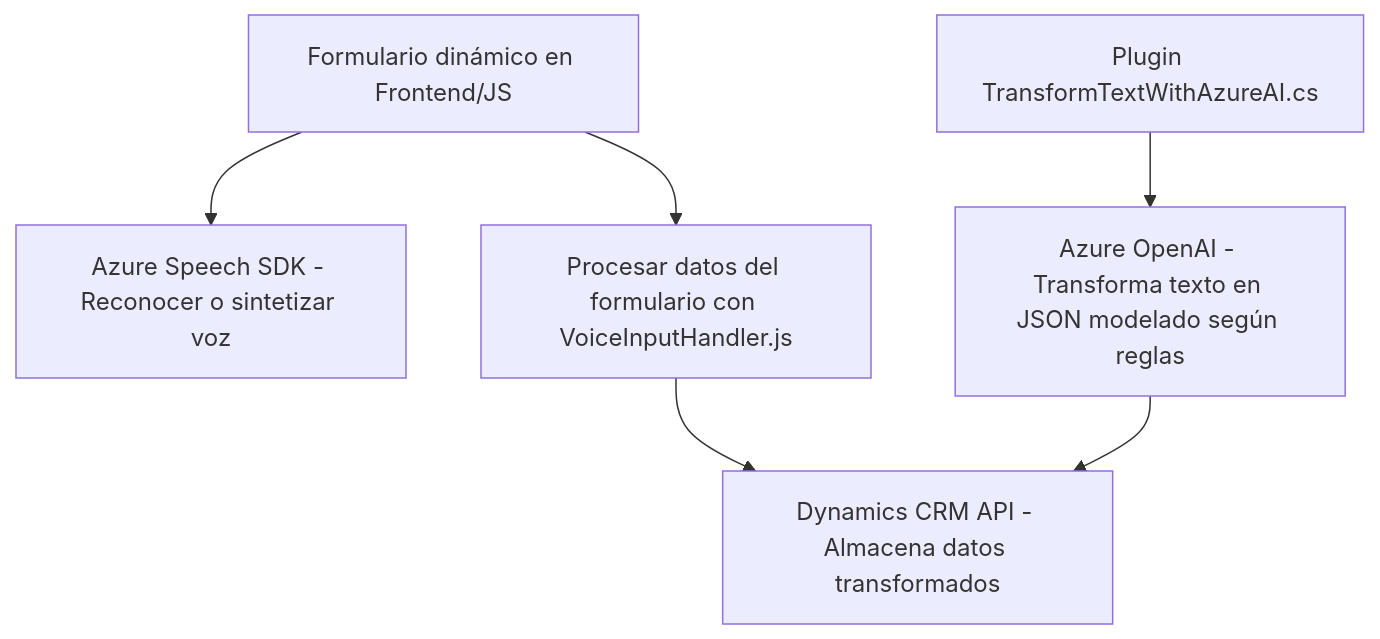
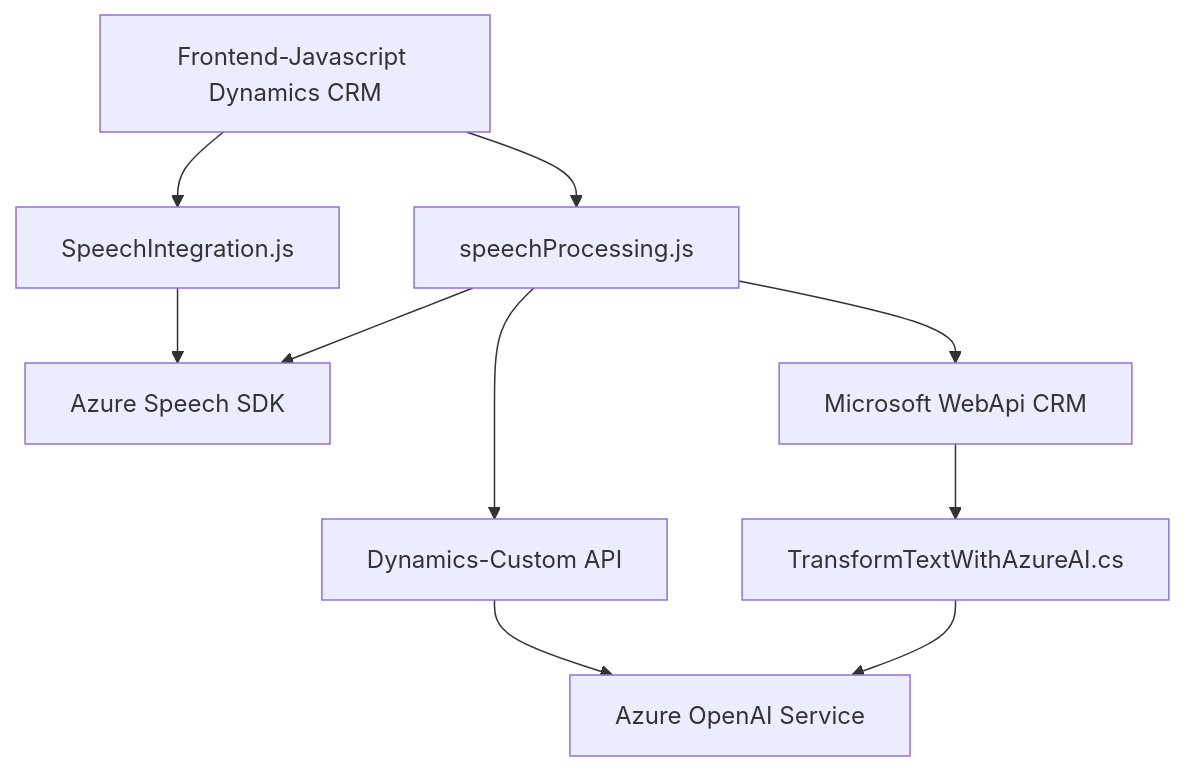
One commit to blopezdm/NETCORE_BILBAO2025 changed the diagram in README.md. Above: the diagram before and after it, drawn with Mermaid. The commit also changed other lines of this file, not shown here.

Commit message:
Actualizar análisis global de la solución con IA

````diff
--- a/README.md
+++ b/README.md
@@ -32,15 +52,20 @@
 ```mermaid
 graph TD
-    A["Formulario dinámico en Frontend/JS"]
-    B["Azure Speech SDK - Reconocer o sintetizar voz"]
-    C["Procesar datos del formulario con VoiceInputHandler.js"]
-    D["Plugin TransformTextWithAzureAI.cs"]
-    E["Azure OpenAI - Transforma texto en JSON modelado según reglas"]
-    F["Dynamics CRM API - Almacena datos transformados"]
-
+    A["Frontend-Javascript Dynamics CRM"]
+    B["SpeechIntegration.js"]
+    C["speechProcessing.js"]
+    D["Azure Speech SDK"]
+    E["Dynamics-Custom API"]
+    F["Microsoft WebApi CRM"]
+    G["TransformTextWithAzureAI.cs"]
+    H["Azure OpenAI Service"]
     A --> B
     A --> C
+    B --> D
+    C --> D
     C --> F
-    D --> E
-    E --> F
+    C --> E
+    E --> H
+    F --> G
+    G --> H
 ```
````
